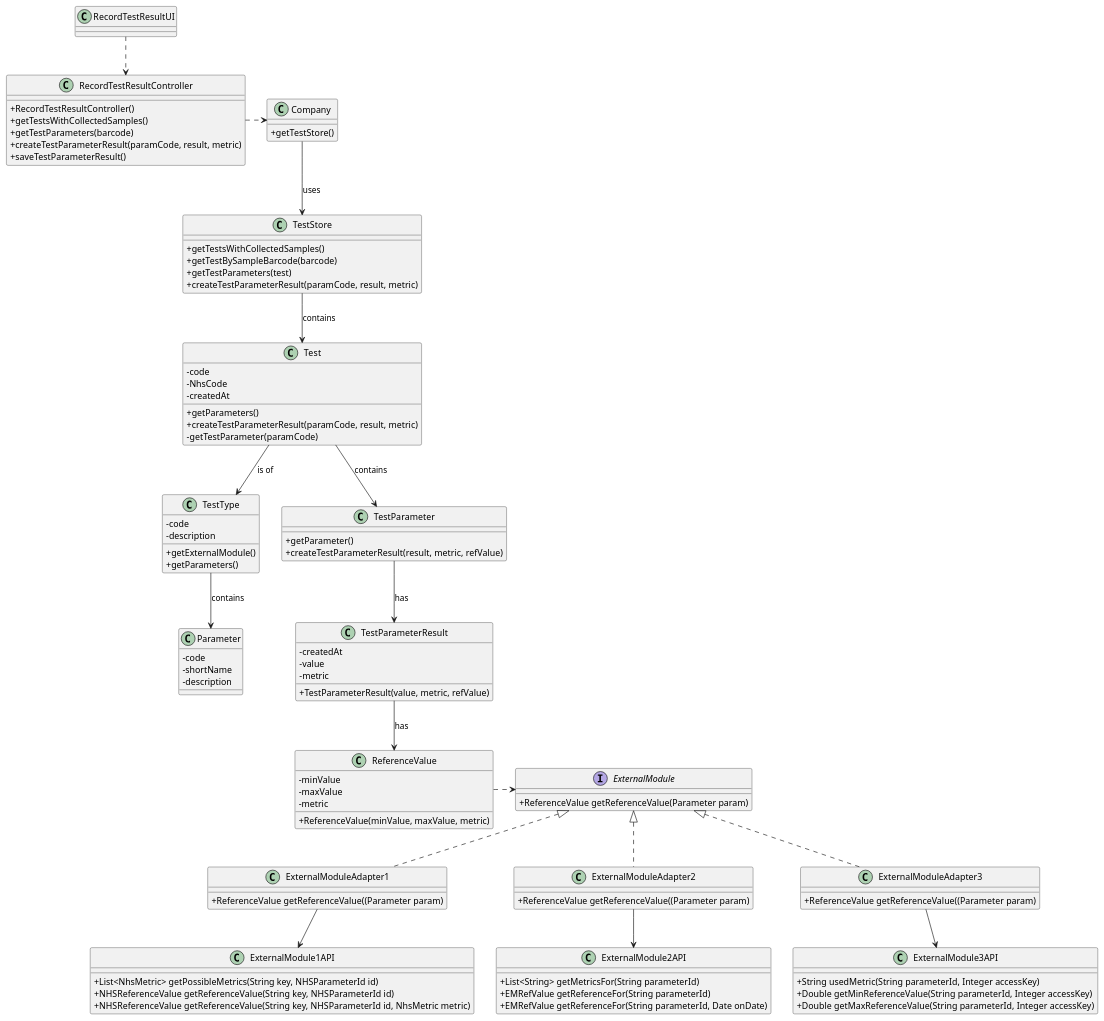
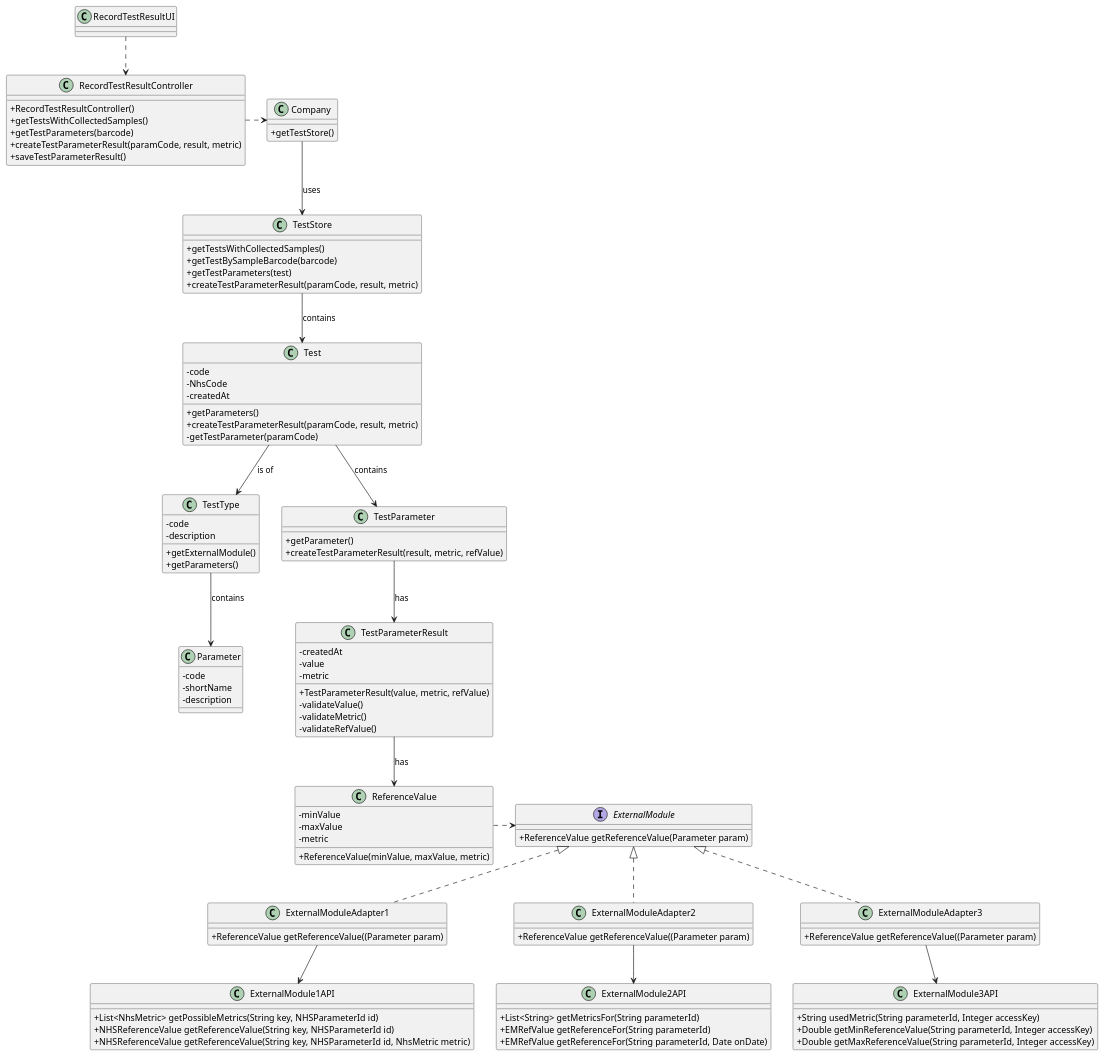
Before and after one commit to MadDinosaur/ISEP-LAPR2: the diagram in docs/SprintC/US12/US12_CD.puml, drawn with PlantUML. The commit also changed 9 other files, not shown here.

```diff
--- a/docs/SprintC/US12/US12_CD.puml
+++ b/docs/SprintC/US12/US12_CD.puml
@@ -1,99 +1,102 @@
 @startuml
 skinparam classAttributeIconSize 0
 class Company {
 + getTestStore()
 }
 class Test {
 -code
 -NhsCode
 -createdAt
 + getParameters()
 + createTestParameterResult(paramCode, result, metric)
 - getTestParameter(paramCode)
 }
 class TestType {
 -code
 -description
 + getExternalModule()
 + getParameters()
 }
 class TestParameter {
 + getParameter()
 + createTestParameterResult(result, metric, refValue)
 }
 class TestStore {
 + getTestsWithCollectedSamples()
 + getTestBySampleBarcode(barcode)
 + getTestParameters(test)
 + createTestParameterResult(paramCode, result, metric)
 }
 class Parameter {
 -code
 -shortName
 -description
 }
 class ReferenceValue {
 -minValue
 -maxValue
 -metric
 +ReferenceValue(minValue, maxValue, metric)
 }
 class TestParameterResult {
 -createdAt
 -value
 -metric
 + TestParameterResult(value, metric, refValue)
+- validateValue()
+- validateMetric()
+- validateRefValue()
 }
 interface ExternalModule {
 + ReferenceValue getReferenceValue(Parameter param)
 }
 class ExternalModuleAdapter1 {
 + ReferenceValue getReferenceValue((Parameter param)
 }
 class ExternalModule1API {
 + List<NhsMetric> getPossibleMetrics(String key, NHSParameterId id)
 + NHSReferenceValue getReferenceValue(String key, NHSParameterId id)
 + NHSReferenceValue getReferenceValue(String key, NHSParameterId id, NhsMetric metric)
 }
 class ExternalModuleAdapter2 {
 + ReferenceValue getReferenceValue((Parameter param)
 }
 class ExternalModule2API {
 + List<String> getMetricsFor(String parameterId)
 + EMRefValue getReferenceFor(String parameterId)
 + EMRefValue getReferenceFor(String parameterId, Date onDate)
 }
 class ExternalModuleAdapter3 {
 + ReferenceValue getReferenceValue((Parameter param)
 }
 class ExternalModule3API {
 + String usedMetric(String parameterId, Integer accessKey)
 + Double getMinReferenceValue(String parameterId, Integer accessKey)
 + Double getMaxReferenceValue(String parameterId, Integer accessKey)
 }
 class RecordTestResultUI
 class RecordTestResultController {
 + RecordTestResultController()
 + getTestsWithCollectedSamples()
 + getTestParameters(barcode)
 + createTestParameterResult(paramCode, result, metric)
 + saveTestParameterResult()
 }
 
 RecordTestResultUI ..> RecordTestResultController
 RecordTestResultController .right.> Company
 Company --> TestStore : uses
 TestStore --> Test : contains
 ReferenceValue .right.> ExternalModule
 Test --> TestParameter : contains
 Test --> TestType : is of
 TestType --> Parameter : contains
 TestParameter --> TestParameterResult : has
 TestParameterResult --> ReferenceValue : has
 ExternalModule <|.. ExternalModuleAdapter1
 ExternalModule <|.. ExternalModuleAdapter2
 ExternalModule <|.. ExternalModuleAdapter3
 ExternalModuleAdapter1 --> ExternalModule1API
 ExternalModuleAdapter2 --> ExternalModule2API
 ExternalModuleAdapter3 --> ExternalModule3API
 @enduml
```
